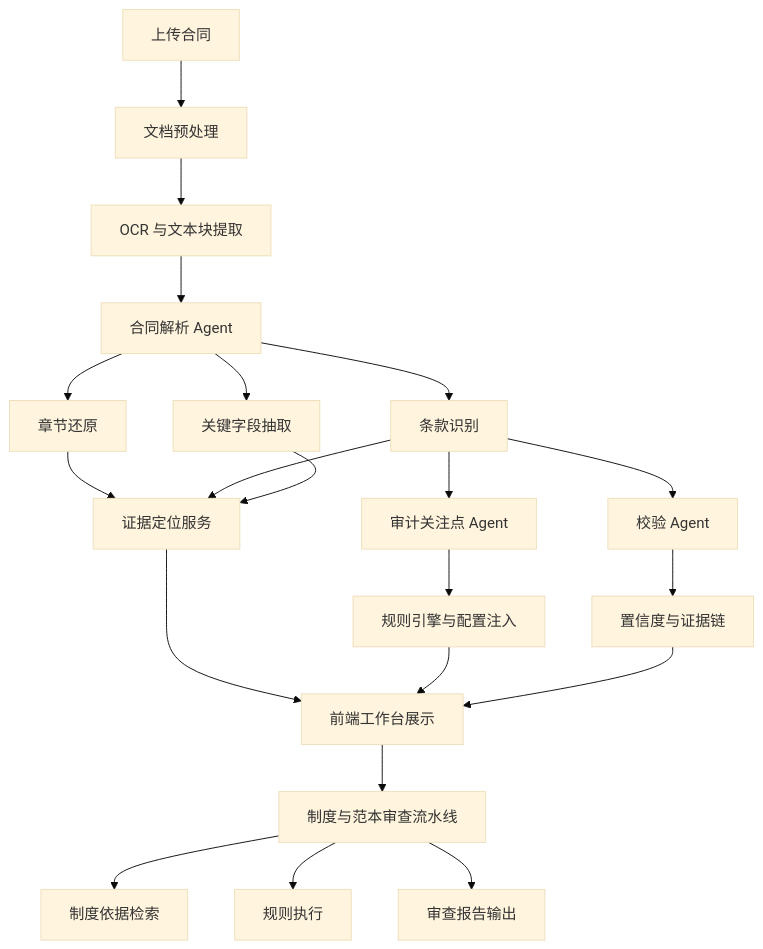
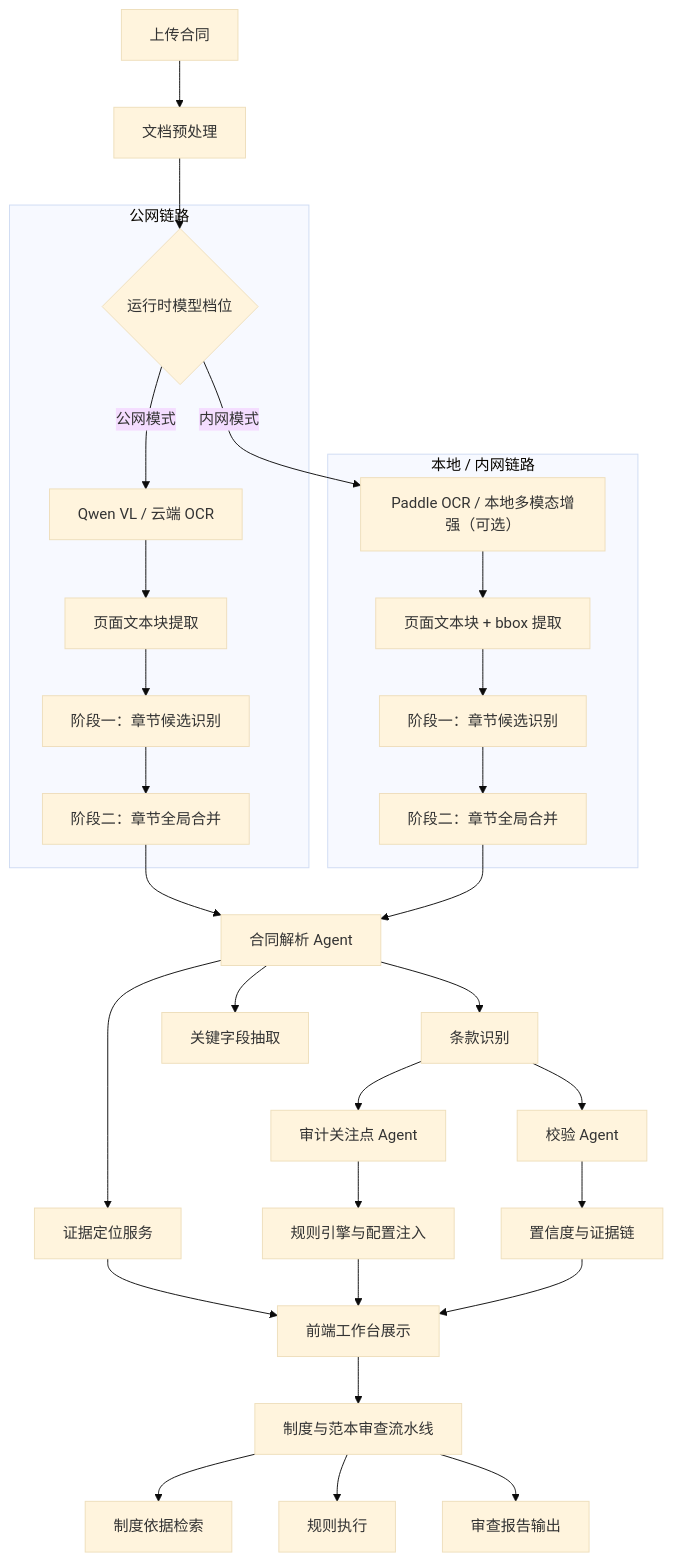
The diagram in README.md (teachershuang/Audit-Agent-Demo-Kit), drawn with Mermaid (base theme) before and after one commit. The commit also changed other lines of this file and 4 other files, not shown here.

Commit message:
feat: add two-stage section reconstruction flow

````diff
--- a/README.md
+++ b/README.md
@@ -160,23 +161,36 @@
 ```mermaid
 flowchart TD
     A["上传合同"] --> B["文档预处理"]
-    B --> C["OCR 与文本块提取"]
-    C --> D["合同解析 Agent"]
-    D --> E["章节还原"]
-    D --> F["条款识别"]
-    D --> G["关键字段抽取"]
-    E --> H["证据定位服务"]
-    F --> H
-    G --> H
-    F --> I["审计关注点 Agent"]
-    F --> J["校验 Agent"]
-    I --> K["规则引擎与配置注入"]
-    J --> L["置信度与证据链"]
-    H --> M["前端工作台展示"]
+    B --> C{"运行时模型档位"}
+
+    subgraph Cloud["公网链路"]
+        C -->|公网模式| C1["Qwen VL / 云端 OCR"]
+        C1 --> C2["页面文本块提取"]
+        C2 --> C3["阶段一：章节候选识别"]
+        C3 --> C4["阶段二：章节全局合并"]
+    end
+
+    subgraph Local["本地 / 内网链路"]
+        C -->|内网模式| L1["Paddle OCR / 本地多模态增强（可选）"]
+        L1 --> L2["页面文本块 + bbox 提取"]
+        L2 --> L3["阶段一：章节候选识别"]
+        L3 --> L4["阶段二：章节全局合并"]
+    end
+
+    C4 --> D["合同解析 Agent"]
+    L4 --> D
+    D --> E["条款识别"]
+    D --> F["关键字段抽取"]
+    D --> G["证据定位服务"]
+    E --> H["审计关注点 Agent"]
+    E --> I["校验 Agent"]
+    H --> J["规则引擎与配置注入"]
+    I --> K["置信度与证据链"]
+    G --> M["前端工作台展示"]
+    J --> M
     K --> M
-    L --> M
     M --> N["制度与范本审查流水线"]
     N --> O["制度依据检索"]
     N --> P["规则执行"]
     N --> Q["审查报告输出"]
 ```
````
